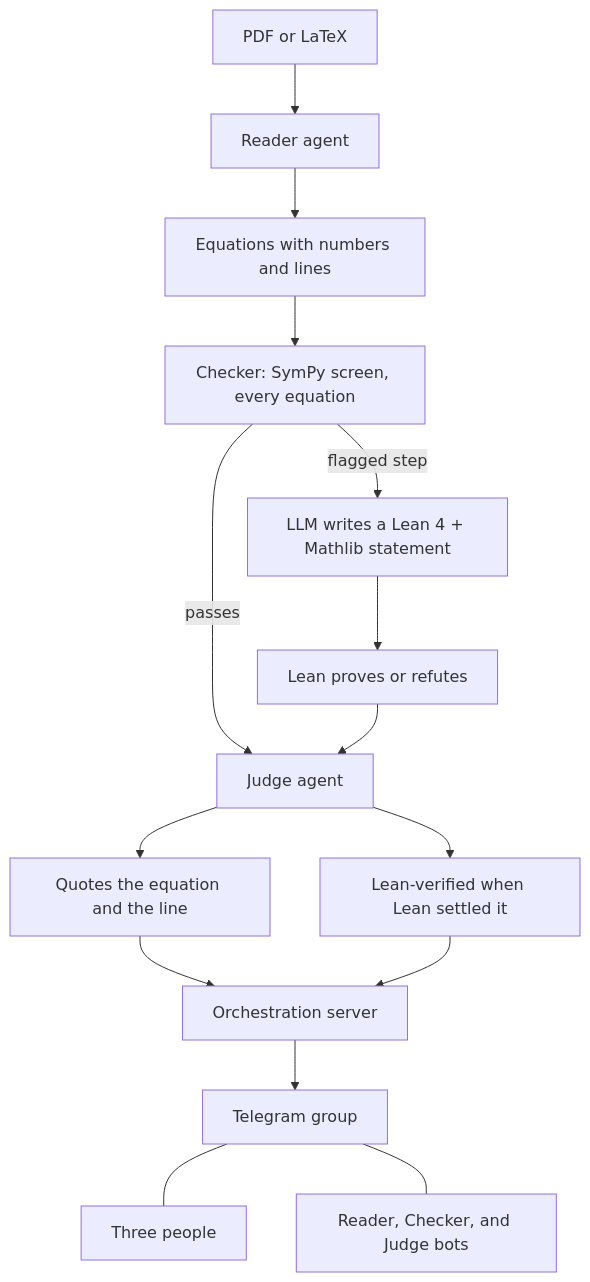
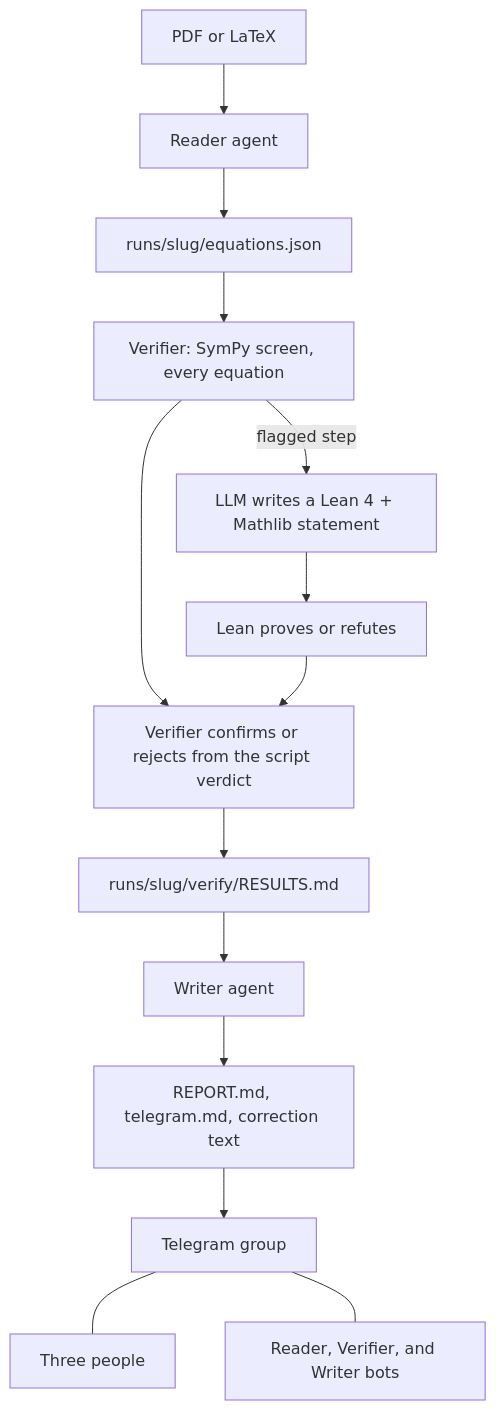
One commit to AgentForgeWorkshop/sanity changed the diagram in README.md. Above: the diagram before and after it, drawn with Mermaid. The commit also changed other lines of this file and 72 other files, not shown here.

````diff
--- a/README.md
+++ b/README.md
@@ -13,17 +13,16 @@
 ```mermaid
 flowchart TD
   paper["PDF or LaTeX"] --> reader["Reader agent"]
-  reader --> eqs["Equations with numbers and lines"]
-  eqs --> sympy["Checker: SymPy screen, every equation"]
-  sympy -->|passes| judge["Judge agent"]
+  reader --> eqs["runs/slug/equations.json"]
+  eqs --> sympy["Verifier: SymPy screen, every equation"]
   sympy -->|flagged step| formalize["LLM writes a Lean 4 + Mathlib statement"]
   formalize --> lean["Lean proves or refutes"]
-  lean --> judge
-  judge --> quote["Quotes the equation and the line"]
-  judge --> badge["Lean-verified when Lean settled it"]
-  quote --> server["Orchestration server"]
-  badge --> server
-  server --> group["Telegram group"]
+  sympy --> rule["Verifier confirms or rejects from the script verdict"]
+  lean --> rule
+  rule --> results["runs/slug/verify/RESULTS.md"]
+  results --> writer["Writer agent"]
+  writer --> report["REPORT.md, telegram.md, correction text"]
+  report --> group["Telegram group"]
   group --- humans["Three people"]
-  group --- bots["Reader, Checker, and Judge bots"]
+  group --- bots["Reader, Verifier, and Writer bots"]
 ```
````
